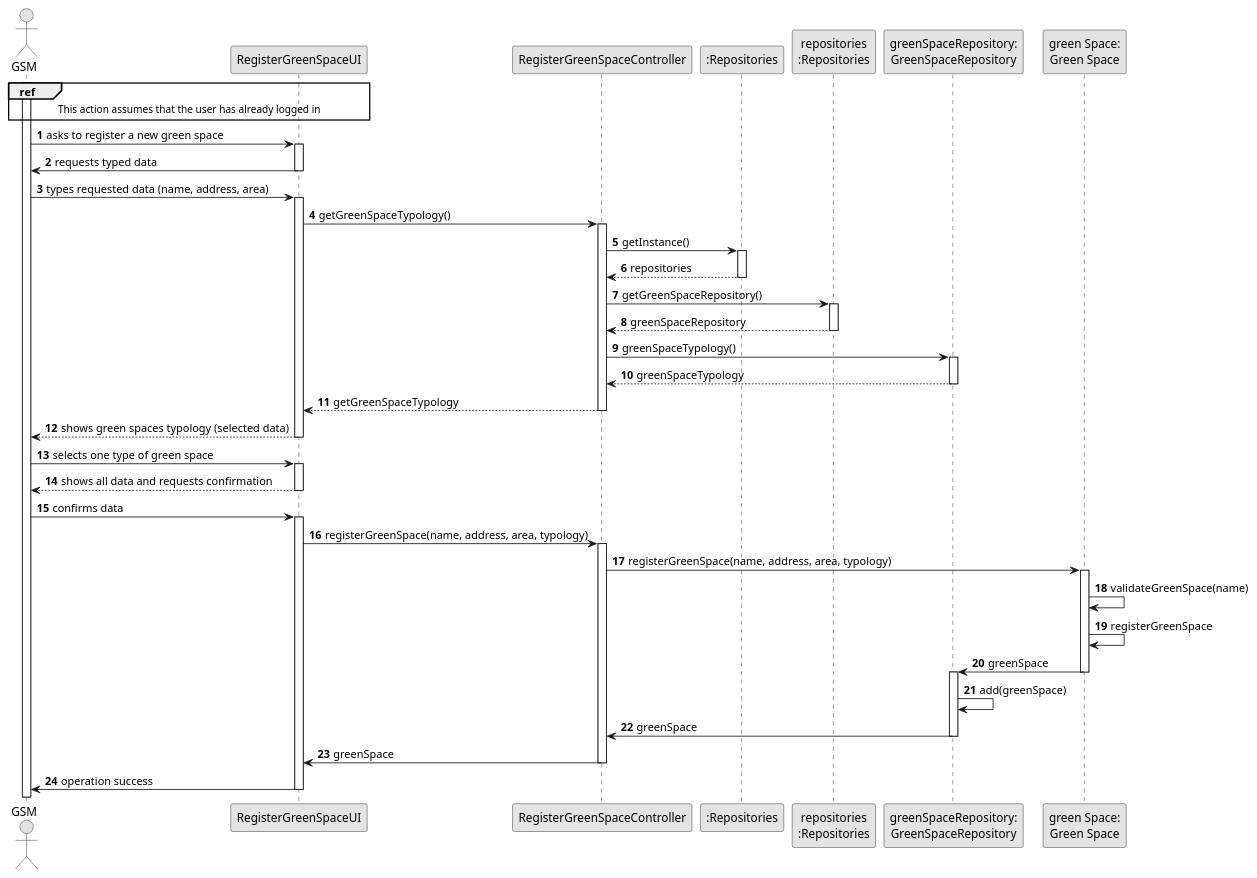
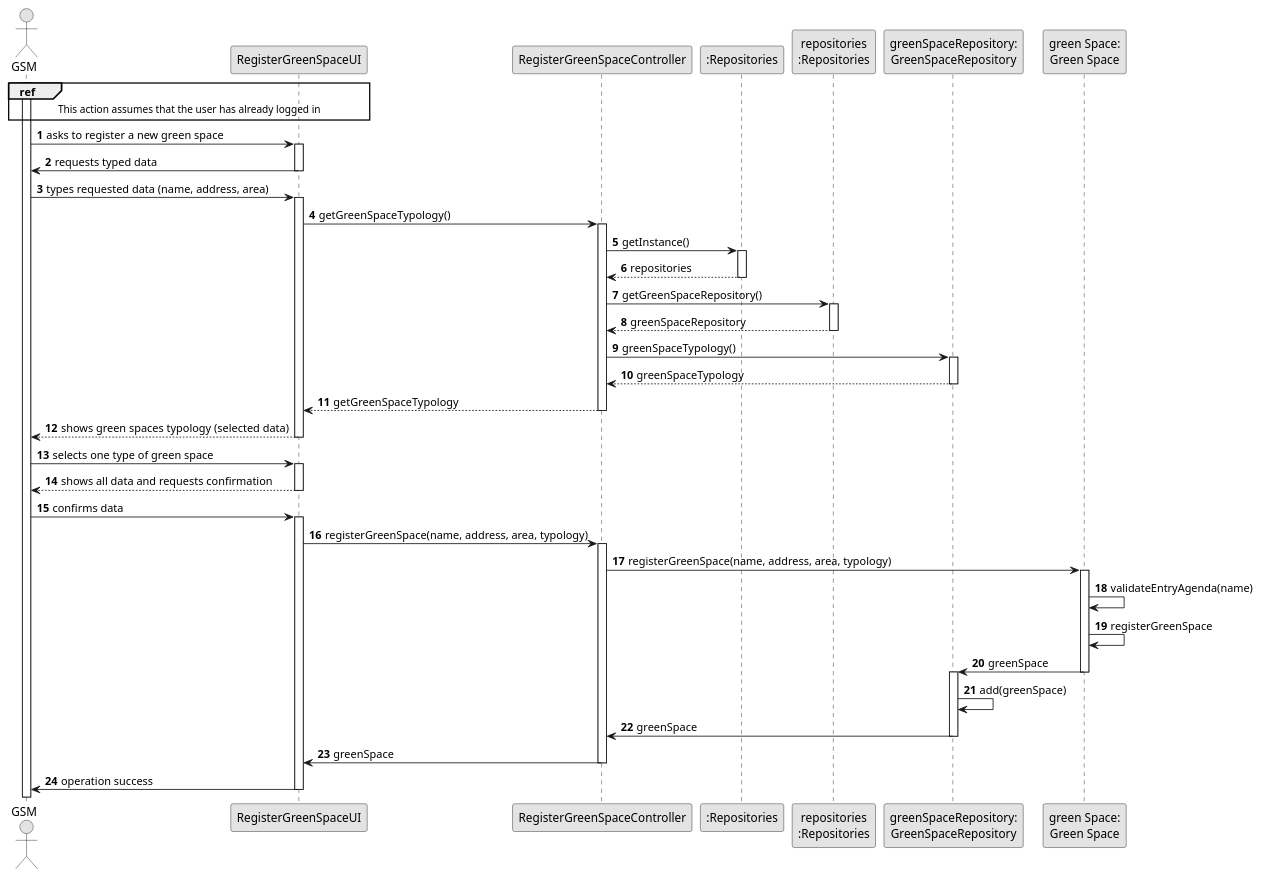
The diagram in docs/sprintC/US020/03.design/puml/us20-sequence-diagram-full.puml (LopemigueISEP/lei-24-s2-1nb-g312), drawn with PlantUML before and after one commit. The commit also changed 4 other files, not shown here.

```diff
--- a/docs/sprintC/US020/03.design/puml/us20-sequence-diagram-full.puml
+++ b/docs/sprintC/US020/03.design/puml/us20-sequence-diagram-full.puml
@@ -1,84 +1,84 @@
 @startuml
 skinparam monochrome true
 skinparam packageStyle rectangle
 skinparam shadowing false
 
 autonumber
 
 'hide footbox
 actor "GSM" as GSM
 participant RegisterGreenSpaceUI as UI
 participant RegisterGreenSpaceController as CTRL
 participant ":Repositories" as RepositorySingleton
 participant "repositories\n:Repositories" as PLAT
 participant "greenSpaceRepository:\nGreenSpaceRepository" as GreenSpaceRepository
 participant "green Space:\nGreen Space" as GREENSPACE
 activate GSM
 
 ref over GSM, UI : This action assumes that the user has already logged in
 
 GSM -> UI : asks to register a new green space
 activate UI
 
 UI -> GSM : requests typed data
 deactivate UI
 
 GSM -> UI : types requested data (name, address, area)
 activate UI
 UI -> CTRL : getGreenSpaceTypology()
 activate CTRL
 
 CTRL -> RepositorySingleton : getInstance()
 activate RepositorySingleton
 
 RepositorySingleton --> CTRL: repositories
 deactivate RepositorySingleton
 
 CTRL -> PLAT : getGreenSpaceRepository()
 activate PLAT
 
 PLAT --> CTRL: greenSpaceRepository
 deactivate PLAT
 
 CTRL -> GreenSpaceRepository : greenSpaceTypology()
 activate GreenSpaceRepository
 
 GreenSpaceRepository --> CTRL : greenSpaceTypology
 deactivate GreenSpaceRepository
 
 CTRL --> UI : getGreenSpaceTypology
 deactivate CTRL
 
 UI --> GSM : shows green spaces typology (selected data)
 deactivate UI
 
 GSM -> UI : selects one type of green space
 activate UI
 
 UI --> GSM : shows all data and requests confirmation
 deactivate UI
 
 GSM -> UI : confirms data
 activate UI
 
 UI -> CTRL : registerGreenSpace(name, address, area, typology)
 activate CTRL
 
 CTRL -> GREENSPACE : registerGreenSpace(name, address, area, typology)
 activate GREENSPACE
 
-GREENSPACE -> GREENSPACE : validateGreenSpace(name)
+GREENSPACE -> GREENSPACE : validateEntryAgenda(name)
 GREENSPACE -> GREENSPACE : registerGreenSpace
 
 GREENSPACE -> GreenSpaceRepository : greenSpace
 deactivate GREENSPACE
 activate GreenSpaceRepository
 GreenSpaceRepository -> GreenSpaceRepository : add(greenSpace)
 GreenSpaceRepository -> CTRL : greenSpace
 deactivate GreenSpaceRepository
 CTRL -> UI : greenSpace
 deactivate CTRL
 UI -> GSM : operation success
 deactivate UI
 
 @enduml
```
